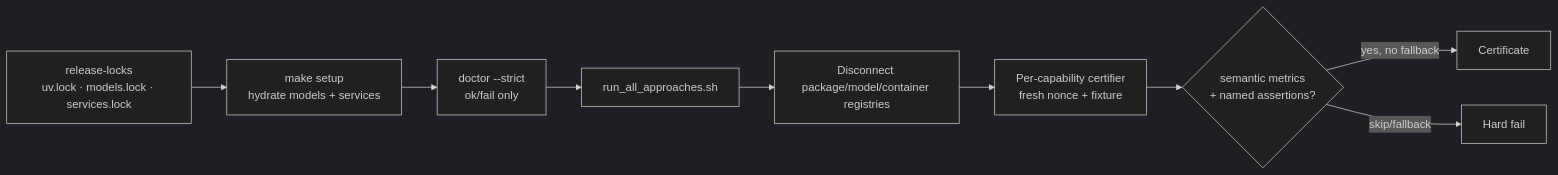
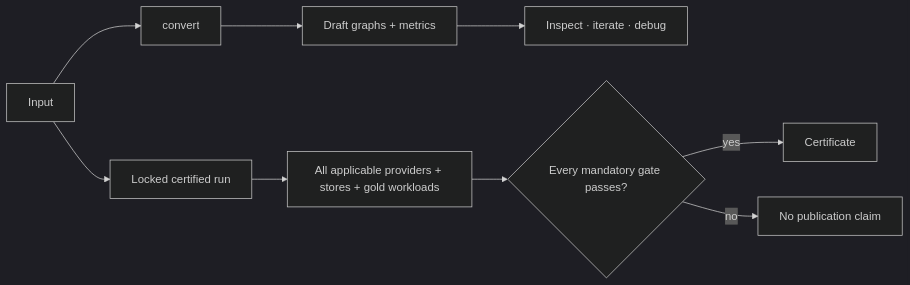
The fifth of 6 diagrams in docs/architecture.md (swaroop-kaza/knowledge_graphs), drawn with Mermaid (dark theme) before and after one commit. The commit also changed other lines of this file and 263 other files, not shown here.

````diff
--- a/docs/architecture.md
+++ b/docs/architecture.md
@@ -215,11 +164,12 @@
 ```mermaid
 flowchart LR
-    L[release-locks<br/>uv.lock · models.lock · services.lock] --> S[make setup<br/>hydrate models + services]
-    S --> D[doctor --strict<br/>ok/fail only]
-    D --> C[run_all_approaches.sh]
-    C --> OFF[Disconnect package/model/container registries]
-    OFF --> CERT[Per-capability certifier<br/>fresh nonce + fixture]
-    CERT --> V{semantic metrics<br/>+ named assertions?}
-    V -->|yes, no fallback| PASS[Certificate]
-    V -->|skip/fallback| FAIL[Hard fail]
+    I[Input] --> D[convert]
+    D --> DG[Draft graphs + metrics]
+    DG --> INSPECT[Inspect · iterate · debug]
+
+    I --> CR[Locked certified run]
+    CR --> PR[All applicable providers + stores + gold workloads]
+    PR --> G{Every mandatory gate passes?}
+    G -->|yes| CERT[Certificate]
+    G -->|no| FAIL[No publication claim]
 ```
````
